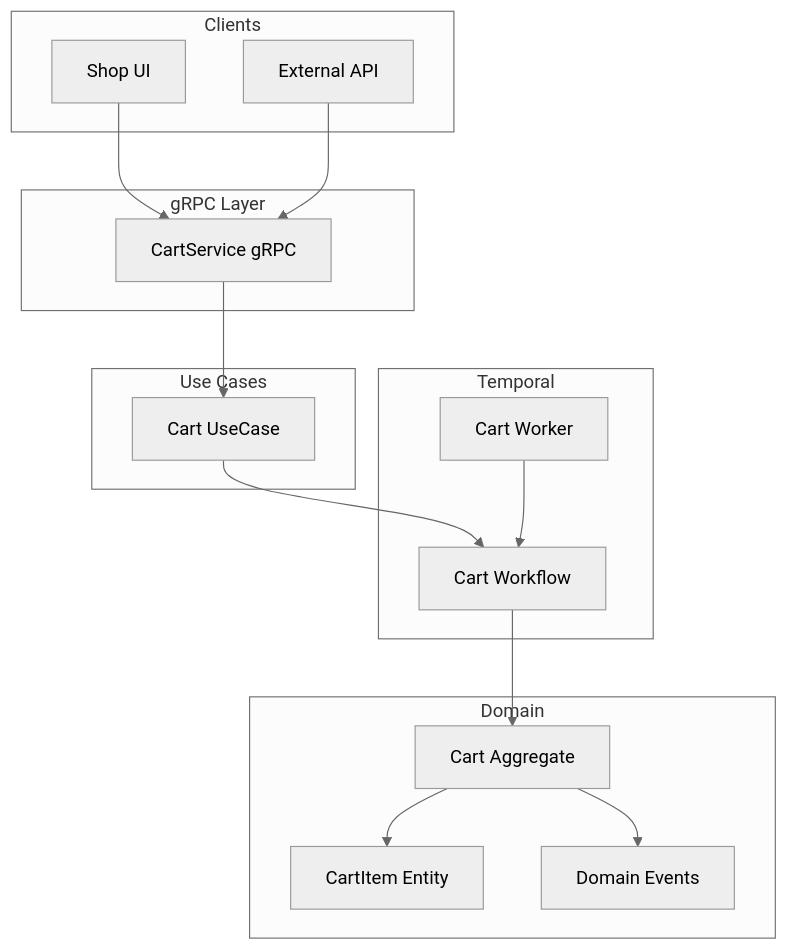
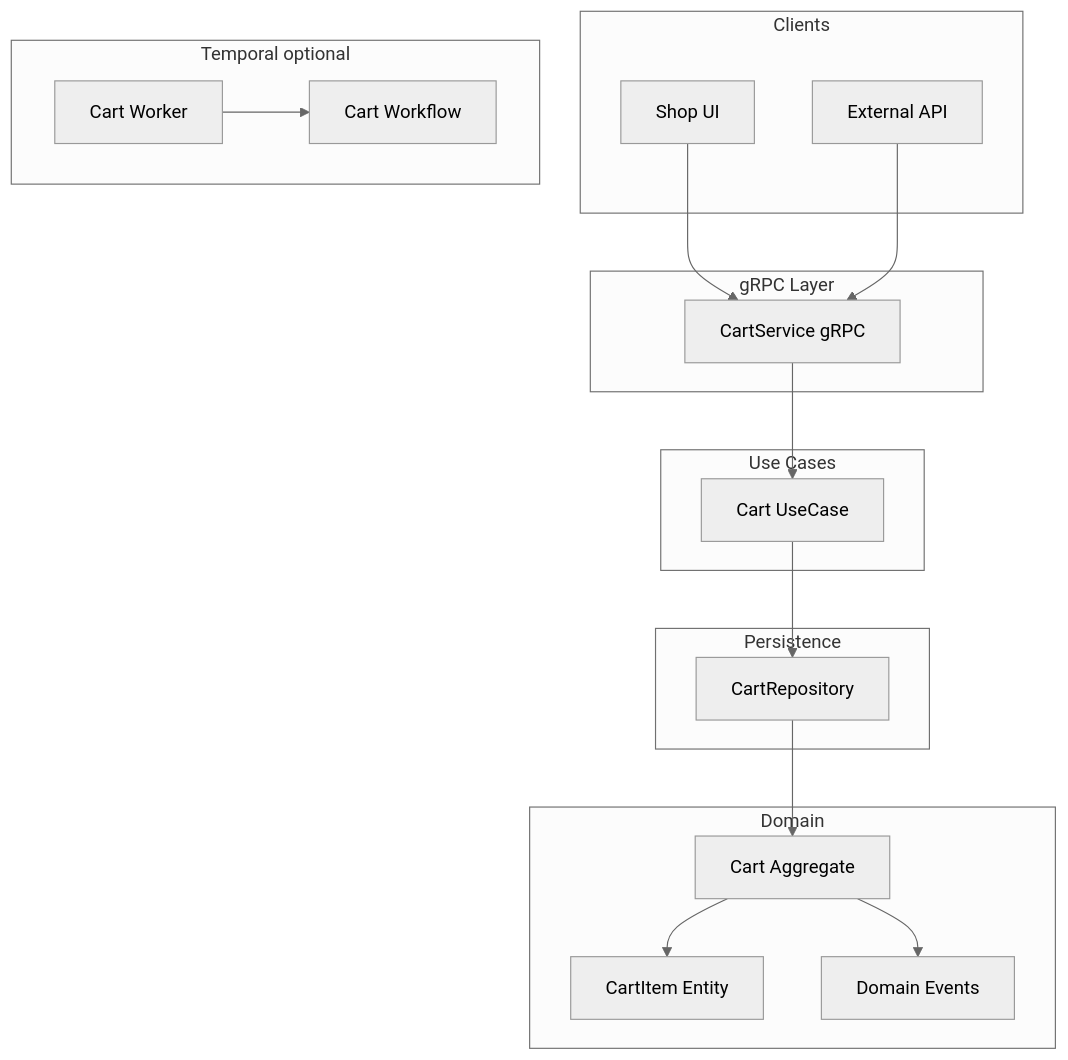
Before and after one commit to shortlink-org/shop: the first of 3 diagrams in oms/internal/usecases/cart/README.md, drawn with Mermaid (neutral theme). The commit also changed other lines of this file and 5 other files, not shown here.

````diff
--- a/oms/internal/usecases/cart/README.md
+++ b/oms/internal/usecases/cart/README.md
@@ -16,35 +19,39 @@
 ```mermaid
 graph TB
     subgraph clients [Clients]
         UI[Shop UI]
         API[External API]
     end
 
     subgraph grpc [gRPC Layer]
         CartRPC[CartService gRPC]
     end
 
     subgraph usecases [Use Cases]
         CartUC[Cart UseCase]
     end
 
-    subgraph temporal [Temporal]
+    subgraph persistence [Persistence]
+        CartRepo[CartRepository]
+    end
+
+    subgraph temporal [Temporal optional]
         CartWF[Cart Workflow]
         CartWorker[Cart Worker]
     end
 
     subgraph domain [Domain]
         Cart[Cart Aggregate]
         CartItem[CartItem Entity]
         Events[Domain Events]
     end
 
     UI --> CartRPC
     API --> CartRPC
     CartRPC --> CartUC
-    CartUC --> CartWF
-    CartWF --> Cart
+    CartUC --> CartRepo
+    CartRepo --> Cart
     Cart --> CartItem
     Cart --> Events
     CartWorker --> CartWF
 ```
````
